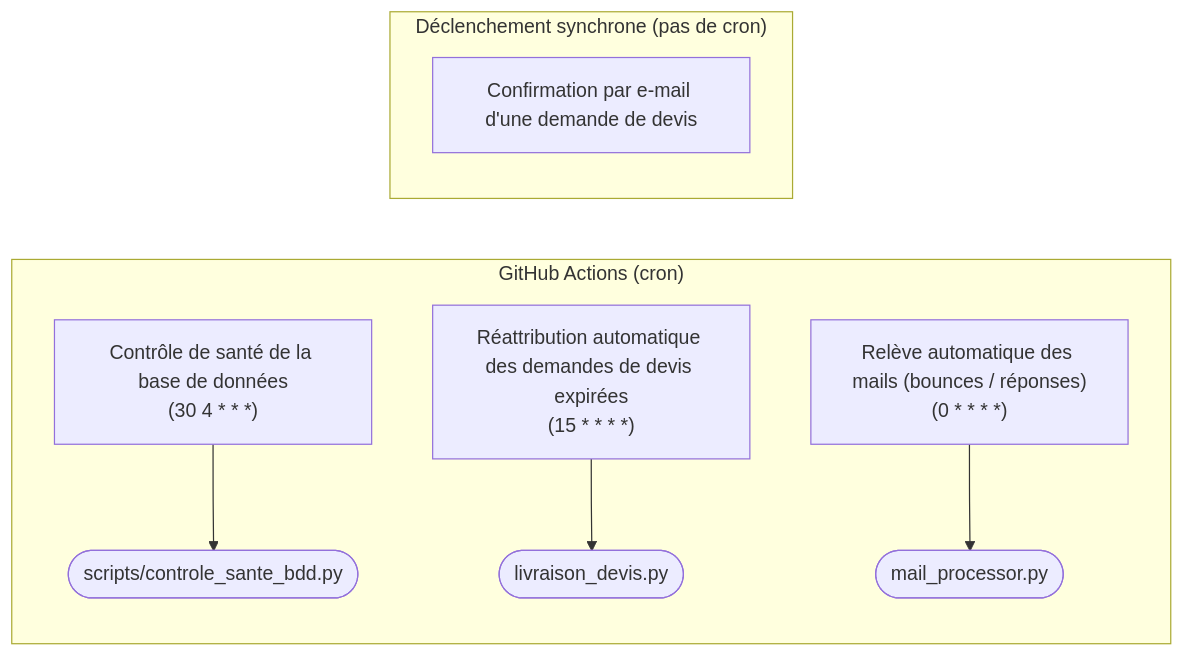
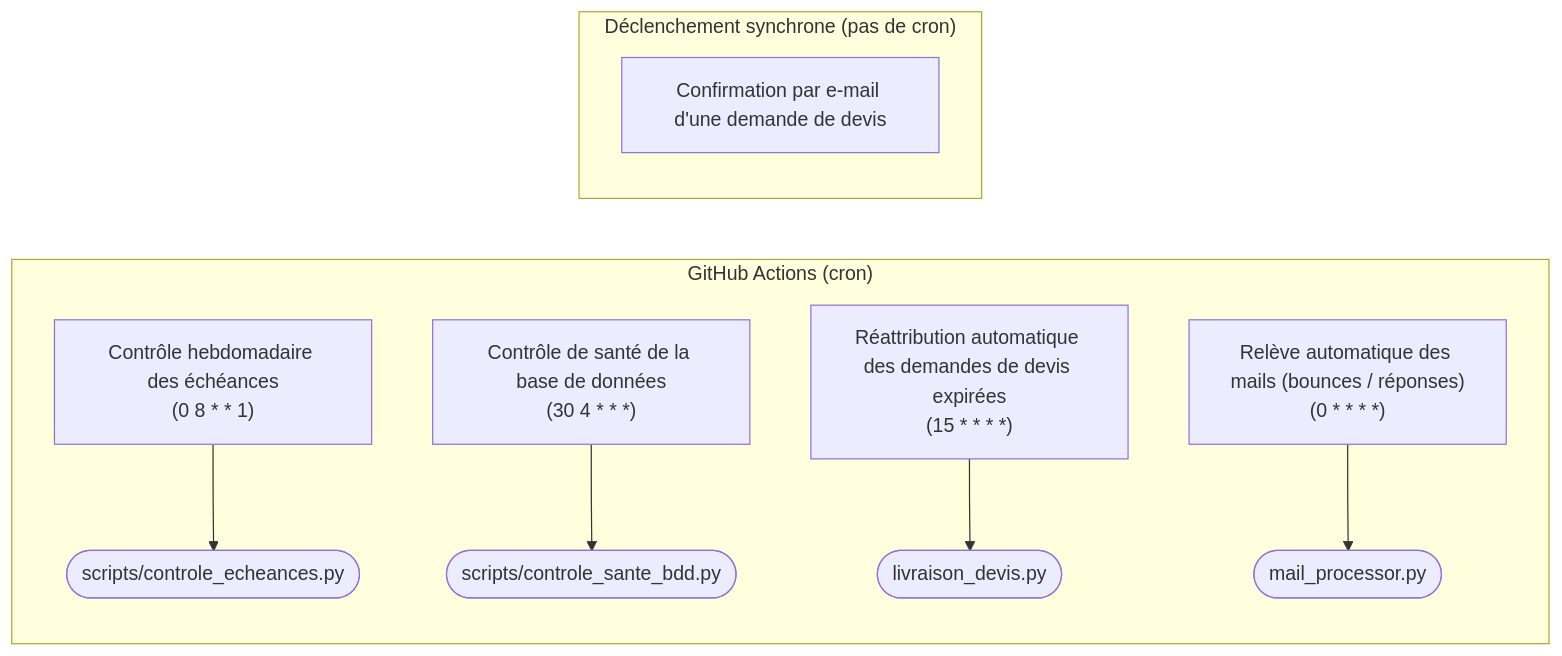
Before and after one commit to contactmonagenceiapro-sudo/leads-creator: the second of 3 diagrams in docs/architecture_globale.md, drawn with Mermaid. The commit also changed other lines of this file and 8 other files, not shown here.

````diff
--- a/docs/architecture_globale.md
+++ b/docs/architecture_globale.md
@@ -373,11 +384,12 @@
 ```mermaid
 flowchart LR
     subgraph CRON["GitHub Actions (cron)"]
+        controle_echeances_yml["Contrôle hebdomadaire des échéances<br/>(0 8 * * 1)"] --> controle_echeances_yml_script(["scripts/controle_echeances.py"])
         controle_sante_bdd_yml["Contrôle de santé de la base de données<br/>(30 4 * * *)"] --> controle_sante_bdd_yml_script(["scripts/controle_sante_bdd.py"])
         livraison_devis_yml["Réattribution automatique des demandes de devis expirées<br/>(15 * * * *)"] --> livraison_devis_yml_script(["livraison_devis.py"])
         mail_check_yml["Relève automatique des mails (bounces / réponses)<br/>(0 * * * *)"] --> mail_check_yml_script(["mail_processor.py"])
     end
     subgraph SYNC["Déclenchement synchrone (pas de cron)"]
         sync_0["Confirmation par e-mail d'une demande de devis"]
     end
 ```
````
